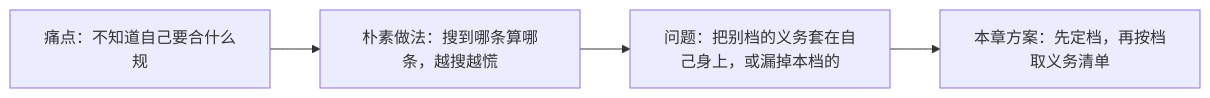
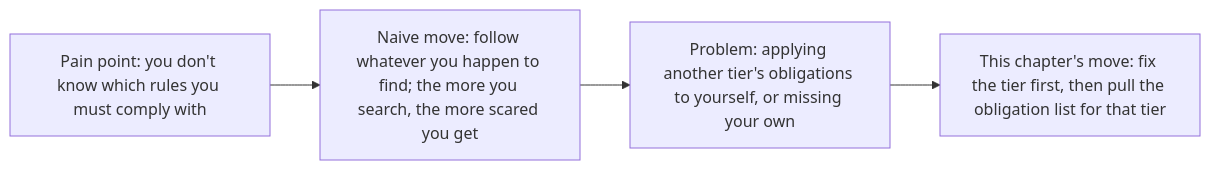
Before and after one commit to xzlxiao/vibe-coding-textbook: the first of 2 diagrams in phase5/chapters/ch08-compliance.md, drawn with Mermaid. The commit also changed other lines of this file and 10 other files, not shown here.

````diff
--- a/phase5/chapters/ch08-compliance.md
+++ b/phase5/chapters/ch08-compliance.md
@@ -39,6 +39,6 @@
 ```mermaid
 flowchart LR
-    P["痛点：不知道自己要合什么规"] --> N["朴素做法：搜到哪条算哪条，越搜越慌"]
-    N --> F["问题：把别档的义务套在自己身上，或漏掉本档的"]
-    F --> S["本章方案：先定档，再按档取义务清单"]
+    P["Pain point: you don't know which rules you must comply with"] --> N["Naive move: follow whatever you happen to find; the more you search, the more scared you get"]
+    N --> F["Problem: applying another tier's obligations to yourself, or missing your own"]
+    F --> S["This chapter's move: fix the tier first, then pull the obligation list for that tier"]
 ```
````
